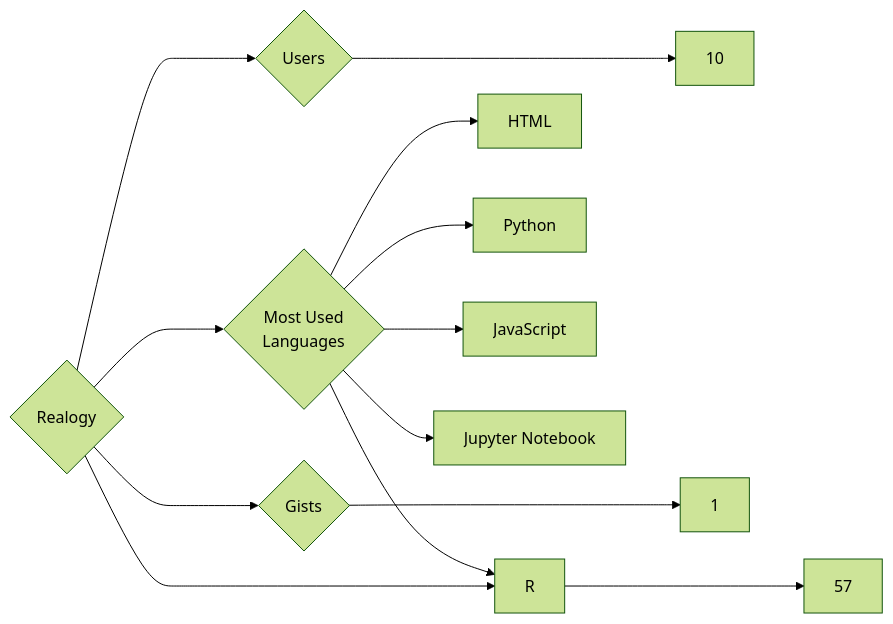
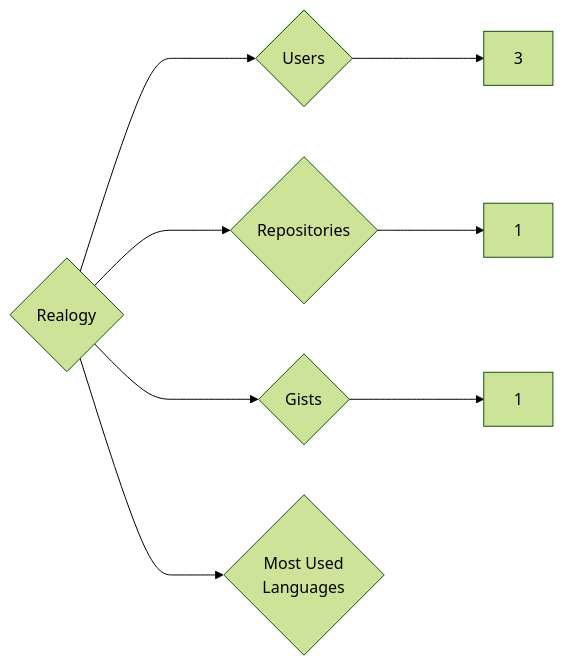
Before and after one commit to trickest/insiders: the diagram in targets/Realogy/README.md, drawn with Mermaid (forest theme). The commit also changed 765 other files, not shown here.

````diff
--- a/targets/Realogy/README.md
+++ b/targets/Realogy/README.md
@@ -3,13 +3,8 @@
 ```mermaid
 graph LR
 COMPANY_NAME{Realogy}
-COMPANY_NAME ---> U{Users} ---> UN[10]
-COMPANY_NAME ---> R{Repositories} ---> RN[57]
+COMPANY_NAME ---> U{Users} ---> UN[3]
+COMPANY_NAME ---> R{Repositories} ---> RN[1]
 COMPANY_NAME ---> G{Gists} ---> GN[1]
 COMPANY_NAME ---> ML{Most Used<br>Languages}
-ML --> HTML[HTML]
-ML --> Python[Python]
-ML --> JavaScript[JavaScript]
-ML --> Jupyter_Notebook[Jupyter Notebook]
-ML --> R[R]
 ```
````
